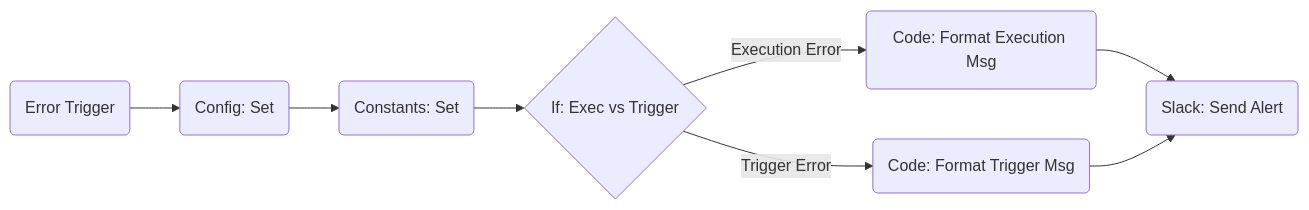
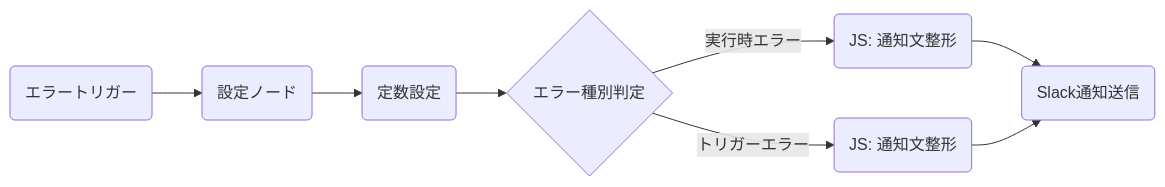
Before and after one commit to takumiwork-n8n/n8n-workflows: the diagram in Practice/slack-error-notification/README.md, drawn with Mermaid. The commit also changed other lines of this file and 1 other file, not shown here.

````diff
--- a/Practice/slack-error-notification/README.md
+++ b/Practice/slack-error-notification/README.md
@@ -18,12 +18,12 @@
 ```mermaid
 graph LR
-    ErrorTrigger(Error Trigger) --> Config(Config: Set)
-    Config --> Constants(Constants: Set)
-    Constants --> If{If: Exec vs Trigger}
+    ErrorTrigger(エラートリガー) --> Config(設定ノード)
+    Config --> Constants(定数設定)
+    Constants --> If{エラー種別判定}
     
-    If -- Execution Error --> ExecCode(Code: Format Execution Msg)
-    If -- Trigger Error --> TrigCode(Code: Format Trigger Msg)
+    If -- 実行時エラー --> ExecCode(JS: 通知文整形)
+    If -- トリガーエラー --> TrigCode(JS: 通知文整形)
     
-    ExecCode --> Slack(Slack: Send Alert)
+    ExecCode --> Slack(Slack通知送信)
     TrigCode --> Slack
 ```
````
